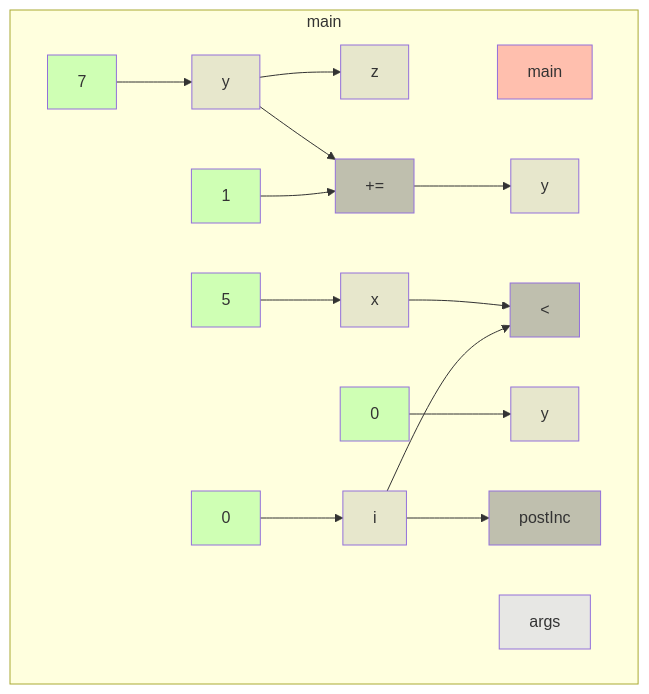
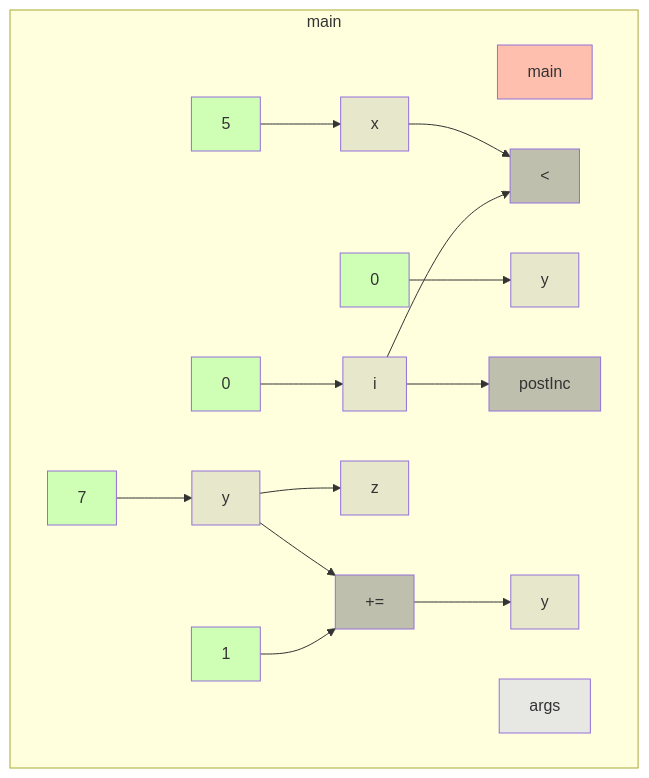
One commit to gstiebler/codeflow changed the diagram in app/src/test/resources/forLoop/truth.md. Above: the diagram before and after it, drawn with Mermaid. The commit also changed 22 other files, not shown here.

````diff
--- a/app/src/test/resources/forLoop/truth.md
+++ b/app/src/test/resources/forLoop/truth.md
@@ -1,38 +1,38 @@
 ```mermaid
 flowchart TD
-  subgraph 4309014["main"]
-    -7879828465[postInc]:::BIN_OP
-    -1228931167[x]:::VARIABLE
-    -1228927715[5]:::LITERAL
-    -1228903308[y]:::VARIABLE
-    -1228901824[0]:::LITERAL
-    -1228875807[i]:::VARIABLE
-    -1228874722[0]:::LITERAL
-    -1228873557[<]:::BIN_OP
-    -1228843979[7]:::LITERAL
-    -1177975243[args]:::FUNC_PARAM
-    12893[y]:::VARIABLE
-    56853577[main]:::RETURN
-    551019600[z]:::VARIABLE
-    551025469[y]:::VARIABLE
-    551026017[1]:::LITERAL
-    551047110[+=]:::BIN_OP
-    -1228931167[x]:::VARIABLE --> -1228873557[<]:::BIN_OP
-    -1228927715[5]:::LITERAL --> -1228931167[x]:::VARIABLE
-    -1228901824[0]:::LITERAL --> -1228903308[y]:::VARIABLE
-    -1228875807[i]:::VARIABLE --> -1228873557[<]:::BIN_OP
-    -1228875807[i]:::VARIABLE --> -7879828465[postInc]:::BIN_OP
-    -1228874722[0]:::LITERAL --> -1228875807[i]:::VARIABLE
-    -1228843979[7]:::LITERAL --> 12893[y]:::VARIABLE
-    12893[y]:::VARIABLE --> 551019600[z]:::VARIABLE
-    12893[y]:::VARIABLE --> 551047110[+=]:::BIN_OP
-    551026017[1]:::LITERAL --> 551047110[+=]:::BIN_OP
-    551047110[+=]:::BIN_OP --> 551025469[y]:::VARIABLE
+  subgraph b0["main"]
+    n1[main]:::RETURN
+    n2[args]:::FUNC_PARAM
+    n3[x]:::VARIABLE
+    n4[5]:::LITERAL
+    n5[y]:::VARIABLE
+    n6[0]:::LITERAL
+    n7[i]:::VARIABLE
+    n8[0]:::LITERAL
+    n9[<]:::BIN_OP
+    n10[postInc]:::BIN_OP
+    n11[y]:::VARIABLE
+    n12[7]:::LITERAL
+    n13[z]:::VARIABLE
+    n14[1]:::LITERAL
+    n15[+=]:::BIN_OP
+    n16[y]:::VARIABLE
+    n3[x]:::VARIABLE --> n9[<]:::BIN_OP
+    n4[5]:::LITERAL --> n3[x]:::VARIABLE
+    n6[0]:::LITERAL --> n5[y]:::VARIABLE
+    n7[i]:::VARIABLE --> n9[<]:::BIN_OP
+    n7[i]:::VARIABLE --> n10[postInc]:::BIN_OP
+    n8[0]:::LITERAL --> n7[i]:::VARIABLE
+    n11[y]:::VARIABLE --> n13[z]:::VARIABLE
+    n11[y]:::VARIABLE --> n15[+=]:::BIN_OP
+    n12[7]:::LITERAL --> n11[y]:::VARIABLE
+    n14[1]:::LITERAL --> n15[+=]:::BIN_OP
+    n15[+=]:::BIN_OP --> n16[y]:::VARIABLE
   end
   classDef LITERAL fill:#00FF0030
   classDef VARIABLE fill:#80808030
   classDef BIN_OP fill:#80808080
   classDef FUNC_PARAM fill:#8080FF30
   classDef RETURN fill:#FF808080
   classDef EXTERNAL fill:#FFA50040
 ```
````
